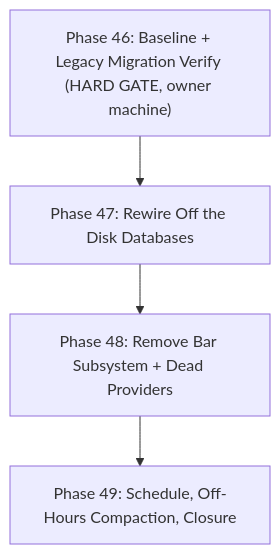
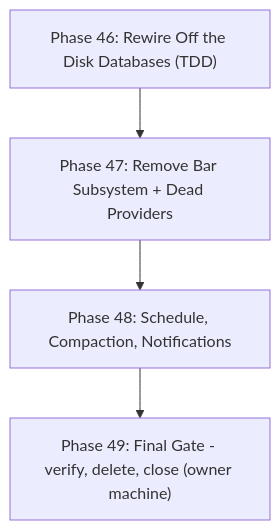
One commit to emadprograms/data-harvester changed the diagram in .planning/ROADMAP.md. Above: the diagram before and after it, drawn with Mermaid. The commit also changed other lines of this file and 3 other files, not shown here.

````diff
--- a/.planning/ROADMAP.md
+++ b/.planning/ROADMAP.md
@@ -130,6 +130,6 @@
 ```mermaid
 flowchart TD
-    P46["Phase 46: Baseline + Legacy Migration Verify (HARD GATE, owner machine)"] --> P47["Phase 47: Rewire Off the Disk Databases"]
-    P47 --> P48["Phase 48: Remove Bar Subsystem + Dead Providers"]
-    P48 --> P49["Phase 49: Schedule, Off-Hours Compaction, Closure"]
+    P46["Phase 46: Rewire Off the Disk Databases (TDD)"] --> P47["Phase 47: Remove Bar Subsystem + Dead Providers"]
+    P47 --> P48["Phase 48: Schedule, Compaction, Notifications"]
+    P48 --> P49["Phase 49: Final Gate - verify, delete, close (owner machine)"]
 ```
````
